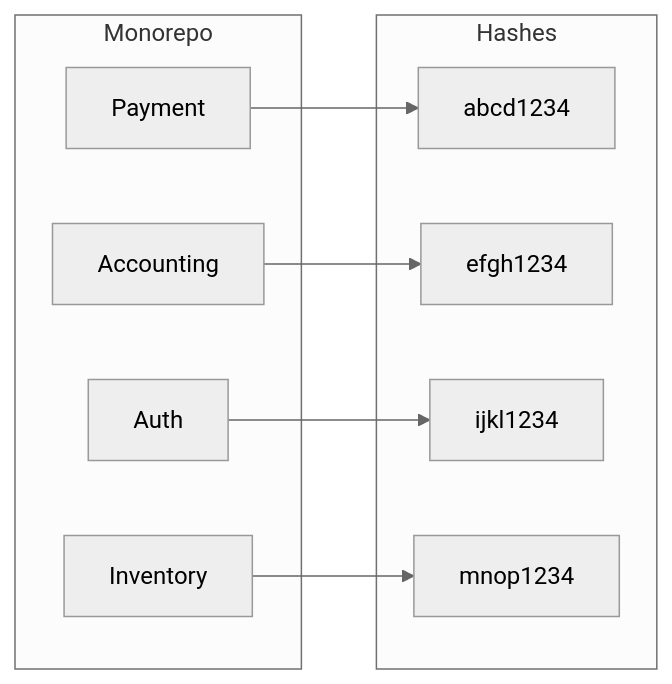
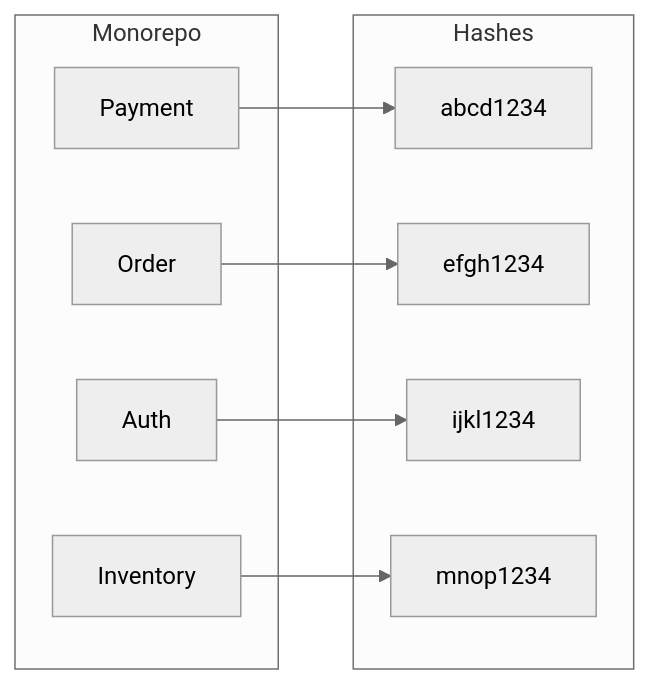
Before and after one commit to developer-friendly/blog: the second of 2 diagrams in docs/posts/2024/0019-selective-builds.md, drawn with Mermaid (neutral theme). The commit also changed other lines of this file and 8 other files, not shown here.

````diff
--- a/docs/posts/2024/0019-selective-builds.md
+++ b/docs/posts/2024/0019-selective-builds.md
@@ -228,19 +227,19 @@
 ```mermaid
 flowchart LR
     subgraph Monorepo
-      Payment
-      Accounting
       Auth
       Inventory
+      Order
+      Payment
     end
     subgraph Hashes
       abcd1234
       efgh1234
       ijkl1234
       mnop1234
     end
-    Payment --> abcd1234
-    Accounting --> efgh1234
     Auth --> ijkl1234
     Inventory --> mnop1234
+    Order --> efgh1234
+    Payment --> abcd1234
 ```
````
